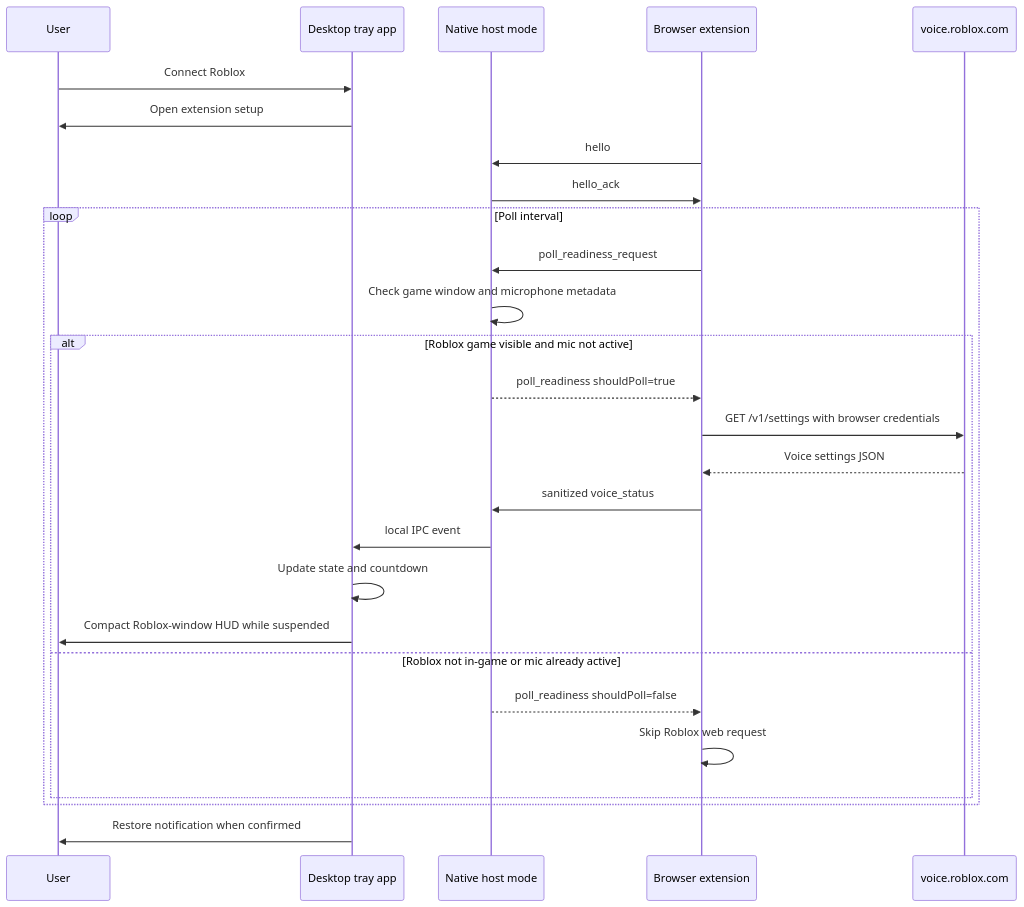
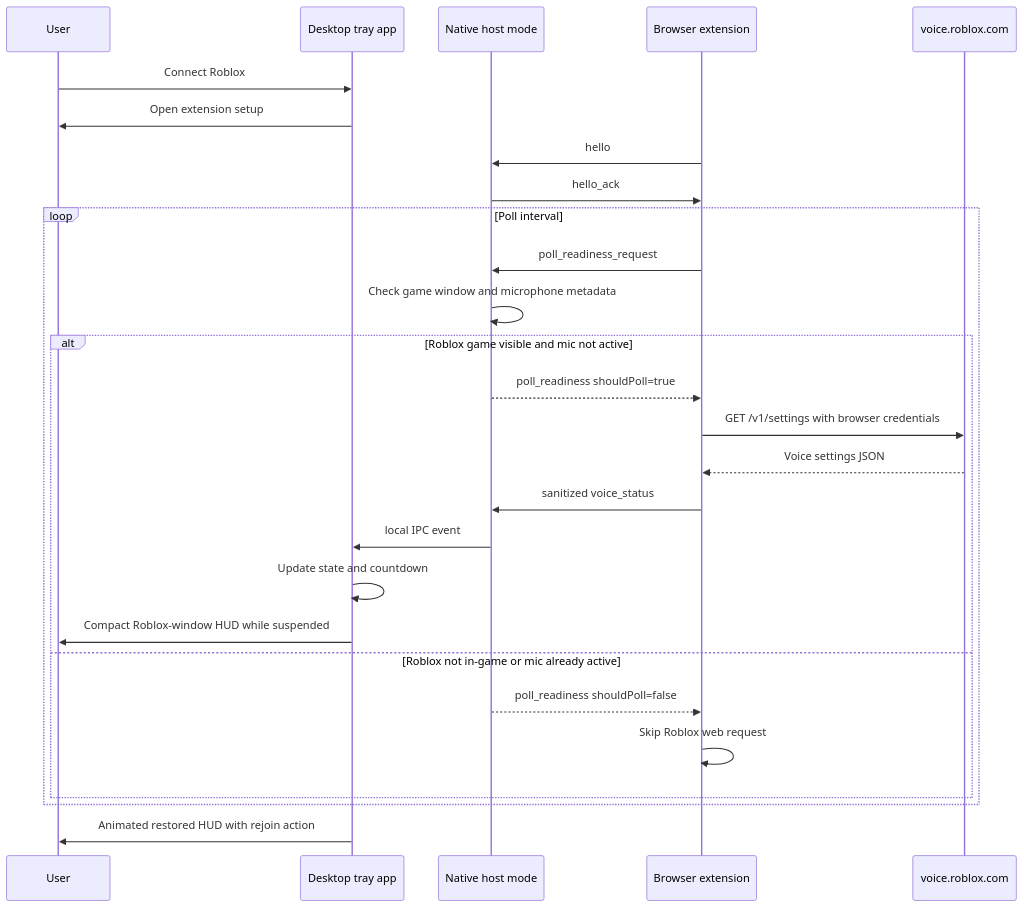
Before and after one commit to Qxshio/VoiceWatch: the diagram in docs/ARCHITECTURE.md, drawn with Mermaid. The commit also changed other lines of this file and 5 other files, not shown here.

Commit message:
Restore directly when suspension timer ends

````diff
--- a/docs/ARCHITECTURE.md
+++ b/docs/ARCHITECTURE.md
@@ -34,30 +34,30 @@
 ```mermaid
 sequenceDiagram
     participant User
     participant Tray as Desktop tray app
     participant Host as Native host mode
     participant Ext as Browser extension
     participant Roblox as voice.roblox.com
 
     User->>Tray: Connect Roblox
     Tray->>User: Open extension setup
     Ext->>Host: hello
     Host->>Ext: hello_ack
     loop Poll interval
         Ext->>Host: poll_readiness_request
         Host->>Host: Check game window and microphone metadata
         alt Roblox game visible and mic not active
             Host-->>Ext: poll_readiness shouldPoll=true
             Ext->>Roblox: GET /v1/settings with browser credentials
             Roblox-->>Ext: Voice settings JSON
             Ext->>Host: sanitized voice_status
             Host->>Tray: local IPC event
             Tray->>Tray: Update state and countdown
             Tray->>User: Compact Roblox-window HUD while suspended
         else Roblox not in-game or mic already active
             Host-->>Ext: poll_readiness shouldPoll=false
             Ext->>Ext: Skip Roblox web request
         end
     end
-    Tray->>User: Restore notification when confirmed
+    Tray->>User: Animated restored HUD with rejoin action
 ```
````
